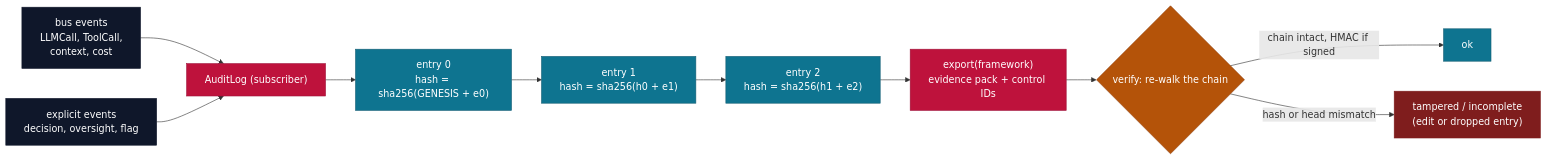
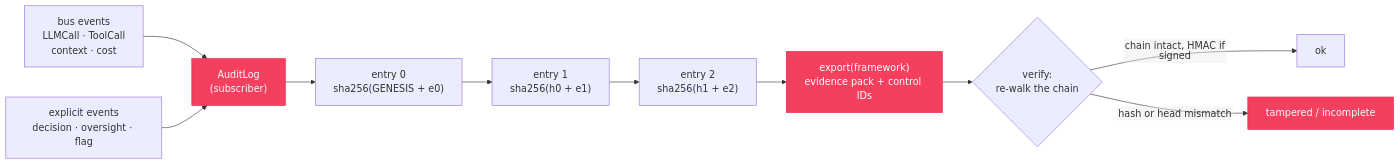
Before and after one commit to cendorhq/cendor-libs: the first of 2 diagrams in docs/acttrace.md, drawn with Mermaid. The commit also changed other lines of this file and 14 other files, not shown here.

````diff
--- a/docs/acttrace.md
+++ b/docs/acttrace.md
@@ -88,35 +188,25 @@
 ```mermaid
+%%{init: {"flowchart": {"htmlLabels": false}} }%%
 graph LR
-    EV["bus events<br/>LLMCall, ToolCall,<br/>context, cost"]
-    EX["explicit events<br/>decision, oversight, flag"]
-    LOG["AuditLog (subscriber)"]
-    E0["entry 0<br/>hash = sha256(GENESIS + e0)"]
-    E1["entry 1<br/>hash = sha256(h0 + e1)"]
-    E2["entry 2<br/>hash = sha256(h1 + e2)"]
+    EV["bus events<br/>LLMCall · ToolCall<br/>context · cost"]
+    EX["explicit events<br/>decision · oversight · flag"]
+    LOG["AuditLog<br/>(subscriber)"]
+    E0["entry 0<br/>sha256(GENESIS + e0)"]
+    E1["entry 1<br/>sha256(h0 + e1)"]
+    E2["entry 2<br/>sha256(h1 + e2)"]
     PACK["export(framework)<br/>evidence pack + control IDs"]
-    VER{"verify: re-walk the chain"}
+    VER{"verify:<br/>re-walk the chain"}
     OKV["ok"]
-    BAD["tampered / incomplete<br/>(edit or dropped entry)"]
+    BAD["tampered / incomplete"]
 
     EV --> LOG
     EX --> LOG
-    LOG --> E0
-    E0 --> E1
-    E1 --> E2
-    E2 --> PACK
-    PACK --> VER
+    LOG --> E0 --> E1 --> E2 --> PACK --> VER
     VER -->|"chain intact, HMAC if signed"| OKV
     VER -->|"hash or head mismatch"| BAD
 
-    classDef in fill:#0f172a,stroke:#0f172a,color:#ffffff;
-    classDef at fill:#be123c,stroke:#9f1239,color:#ffffff;
-    classDef chain fill:#0e7490,stroke:#155e75,color:#ffffff;
-    classDef dec fill:#b45309,stroke:#92400e,color:#ffffff;
-    classDef bad fill:#7f1d1d,stroke:#7f1d1d,color:#ffffff;
-
-    class EV,EX in;
+    classDef at fill:#F43F5E,color:#ffffff,stroke:#E11D48;
+    classDef stop fill:#F43F5E,color:#ffffff,stroke:#E11D48;
     class LOG,PACK at;
-    class E0,E1,E2,OKV chain;
-    class VER dec;
-    class BAD bad;
+    class BAD stop;
 ```
````
